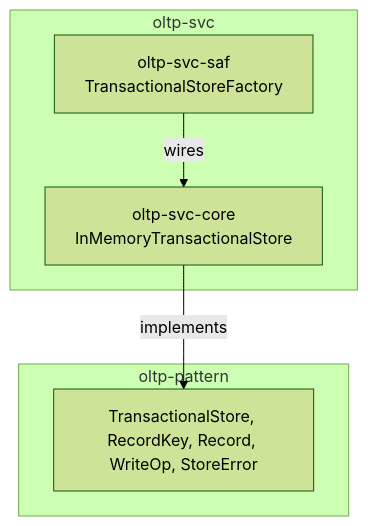
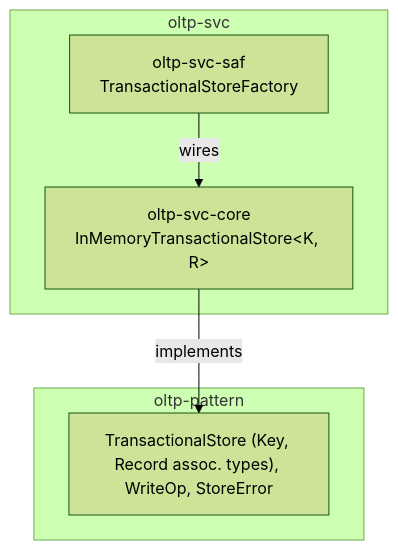
Before and after one commit to sweengineeringlabs/oltp-svc: the diagram in docs/3-design/architecture.md, drawn with Mermaid (forest theme). The commit also changed other lines of this file and 11 other files, not shown here.

First line of the commit message:
refactor: InMemoryTransactionalStore/TransactionalStoreFactory are generic over Key/Record

````diff
--- a/docs/3-design/architecture.md
+++ b/docs/3-design/architecture.md
@@ -32,14 +53,14 @@
 ```mermaid
 flowchart TD
     subgraph pattern["oltp-pattern"]
-        contract["TransactionalStore, RecordKey, Record, WriteOp, StoreError"]
+        contract["TransactionalStore (Key, Record assoc. types), WriteOp, StoreError"]
     end
 
     subgraph svc["oltp-svc"]
-        core["oltp-svc-core<br/>InMemoryTransactionalStore"]
+        core["oltp-svc-core<br/>InMemoryTransactionalStore&lt;K, R&gt;"]
         saf["oltp-svc-saf<br/>TransactionalStoreFactory"]
 
         core -->|implements| contract
         saf -->|wires| core
     end
 ```
````
